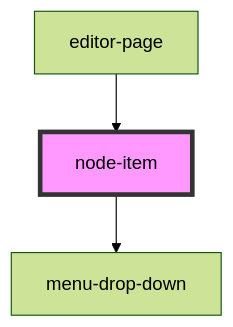
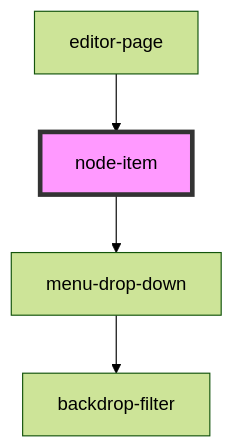
One commit to techvariable/NeptuneConnectComponents changed the diagram in src/components/editorPage/node-item/readme.md. Above: the diagram before and after it, drawn with Mermaid (forest theme). The commit also changed 17 other files, not shown here.

````diff
--- a/src/components/editorPage/node-item/readme.md
+++ b/src/components/editorPage/node-item/readme.md
@@ -19,6 +19,7 @@
 ```mermaid
 graph TD;
   node-item --> menu-drop-down
+  menu-drop-down --> backdrop-filter
   editor-page --> node-item
   style node-item fill:#f9f,stroke:#333,stroke-width:4px
 ```
````
